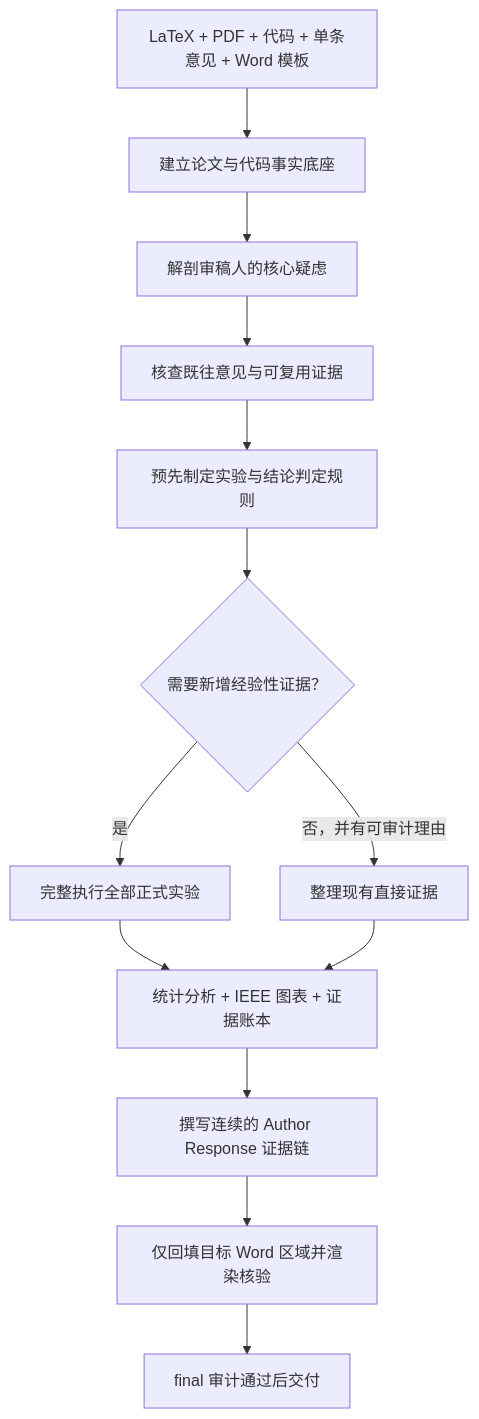
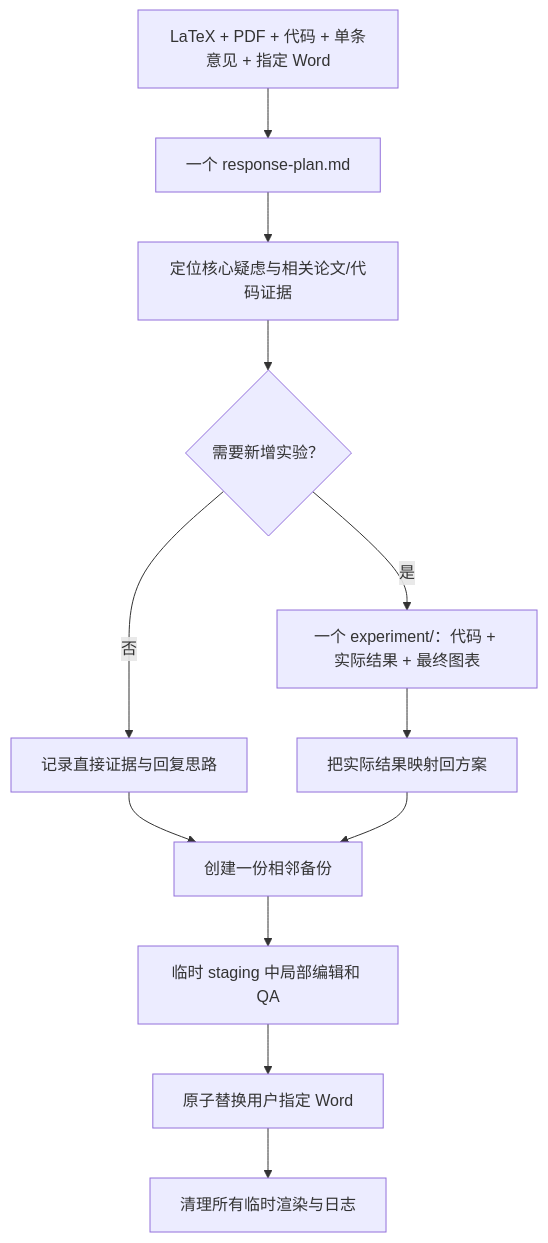
The diagram in README.md (whiteMo0623/ieee-transactions-review-response-engineer), drawn with Mermaid before and after one commit. The commit also changed other lines of this file and 6 other files, not shown here.

````diff
--- a/README.md
+++ b/README.md
@@ -42,15 +53,14 @@
 ```mermaid
 flowchart TD
-    A["LaTeX + PDF + 代码 + 单条意见 + Word 模板"] --> B["建立论文与代码事实底座"]
-    B --> C["解剖审稿人的核心疑虑"]
-    C --> D["核查既往意见与可复用证据"]
-    D --> E["预先制定实验与结论判定规则"]
-    E --> F{"需要新增经验性证据？"}
-    F -- "是" --> G["完整执行全部正式实验"]
-    F -- "否，并有可审计理由" --> H["整理现有直接证据"]
-    G --> I["统计分析 + IEEE 图表 + 证据账本"]
-    H --> I
-    I --> J["撰写连续的 Author Response 证据链"]
-    J --> K["仅回填目标 Word 区域并渲染核验"]
-    K --> L["final 审计通过后交付"]
+    A["LaTeX + PDF + 代码 + 单条意见 + 指定 Word"] --> B["一个 response-plan.md"]
+    B --> C["定位核心疑虑与相关论文/代码证据"]
+    C --> D{"需要新增实验？"}
+    D -- "否" --> E["记录直接证据与回复思路"]
+    D -- "是" --> F["一个 experiment/：代码 + 实际结果 + 最终图表"]
+    F --> G["把实际结果映射回方案"]
+    E --> H["创建一份相邻备份"]
+    G --> H
+    H --> I["临时 staging 中局部编辑和 QA"]
+    I --> J["原子替换用户指定 Word"]
+    J --> K["清理所有临时渲染与日志"]
 ```
````
